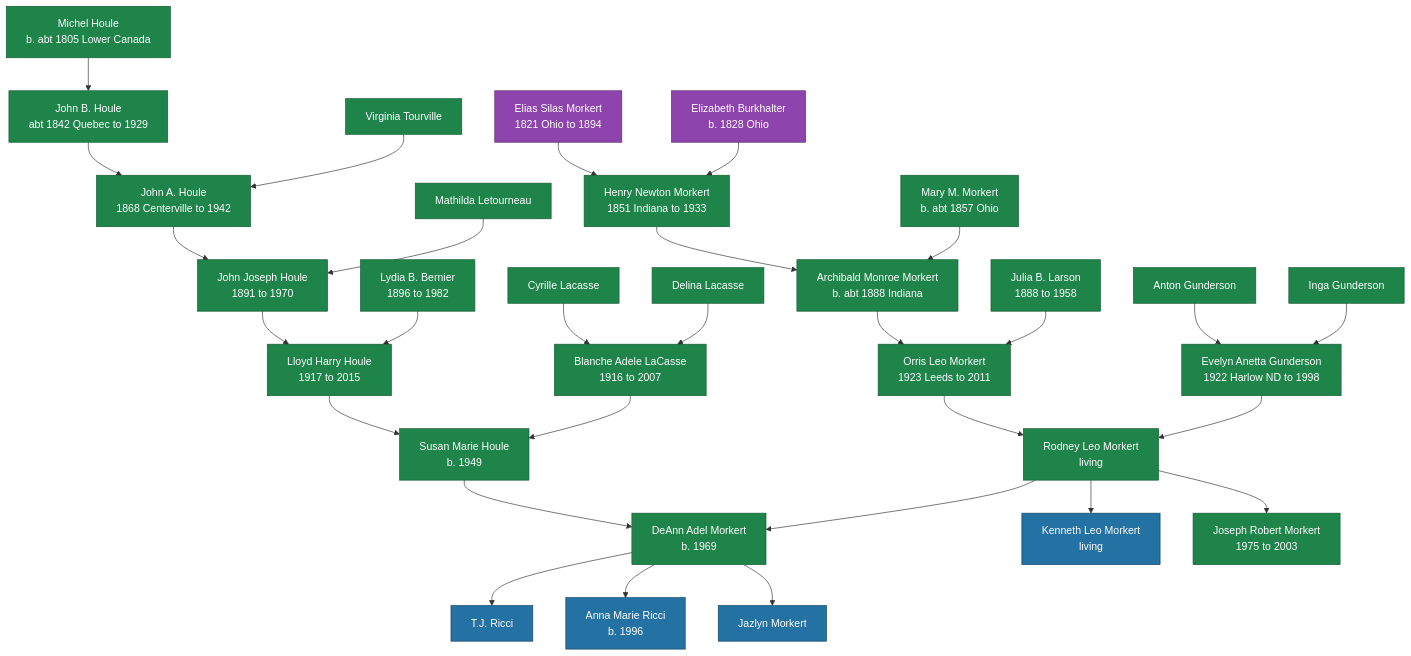
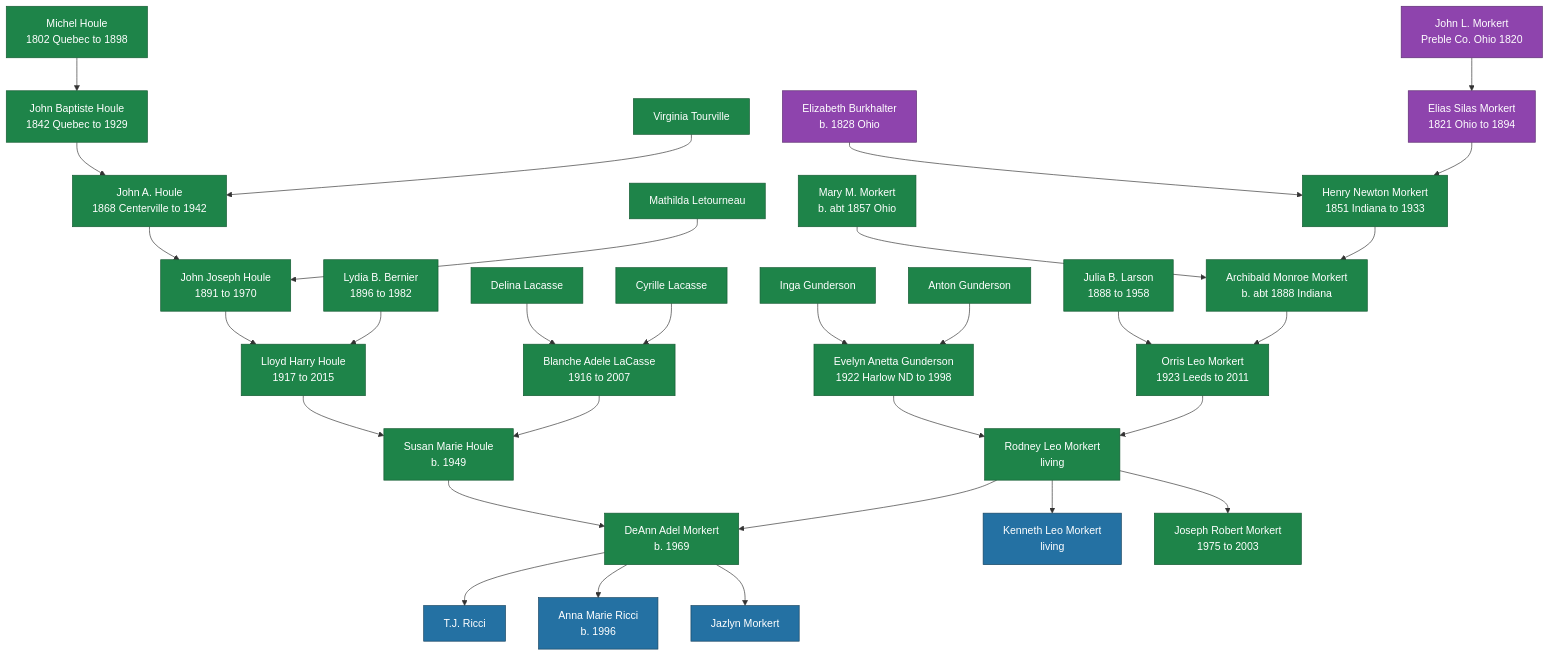
One commit to Triccsters/morkert-family-history changed the diagram in tree.mmd. Above: the diagram before and after it, drawn with Mermaid. The commit also changed 6 other files, not shown here.

First line of the commit message:
Michel Houle dated 1802 to 1898, John L. Morkert in Preble County Ohio, cross-link to the Ricci site

```diff
--- a/tree.mmd
+++ b/tree.mmd
@@ -1,38 +1,39 @@
 graph TD
-  MH["Michel Houle<br/>b. abt 1805 Lower Canada"] --> JB["John B. Houle<br/>abt 1842 Quebec to 1929"]
+  JL["John L. Morkert<br/>Preble Co. Ohio 1820"] --> EM
+  MH["Michel Houle<br/>1802 Quebec to 1898"] --> JB["John Baptiste Houle<br/>1842 Quebec to 1929"]
   VT["Virginia Tourville"] --> JA
   JB --> JA["John A. Houle<br/>1868 Centerville to 1942"]
   ML["Mathilda Letourneau"] --> JJ
   JA --> JJ["John Joseph Houle<br/>1891 to 1970"]
   LB["Lydia B. Bernier<br/>1896 to 1982"] --> LH
   JJ --> LH["Lloyd Harry Houle<br/>1917 to 2015"]
   BL["Blanche Adele LaCasse<br/>1916 to 2007"] --> SH
   CL["Cyrille Lacasse"] --> BL
   DL["Delina Lacasse"] --> BL
   LH --> SH["Susan Marie Houle<br/>b. 1949"]
 
   EM["Elias Silas Morkert<br/>1821 Ohio to 1894"] --> HM
   EB["Elizabeth Burkhalter<br/>b. 1828 Ohio"] --> HM
   HM["Henry Newton Morkert<br/>1851 Indiana to 1933"] --> AM
   MM["Mary M. Morkert<br/>b. abt 1857 Ohio"] --> AM
   AM["Archibald Monroe Morkert<br/>b. abt 1888 Indiana"] --> OM
   JM["Julia B. Larson<br/>1888 to 1958"] --> OM
   OM["Orris Leo Morkert<br/>1923 Leeds to 2011"] --> RM
   AG["Anton Gunderson"] --> EV
   IG["Inga Gunderson"] --> EV
   EV["Evelyn Anetta Gunderson<br/>1922 Harlow ND to 1998"] --> RM
   RM["Rodney Leo Morkert<br/>living"] --> DM
   SH --> DM["DeAnn Adel Morkert<br/>b. 1969"]
   DM --> TJ["T.J. Ricci"]
   DM --> AN["Anna Marie Ricci<br/>b. 1996"]
   DM --> JZ["Jazlyn Morkert"]
   RM --> KM["Kenneth Leo Morkert<br/>living"]
   RM --> JO["Joseph Robert Morkert<br/>1975 to 2003"]
 
   classDef rec fill:#1e8449,color:#ffffff,stroke:#145a32
   classDef prob fill:#8e44ad,color:#ffffff,stroke:#5b2c6f
   classDef fam fill:#2471a3,color:#ffffff,stroke:#154360
   class MH,JB,JA,JJ,LH,SH,VT,ML,LB,BL,CL,DL rec
   class HM,MM,AM,JM,OM,RM,DM,JO,EV,AG,IG rec
-  class EM,EB prob
+  class EM,EB,JL prob
   class TJ,AN,JZ,KM fam
```
